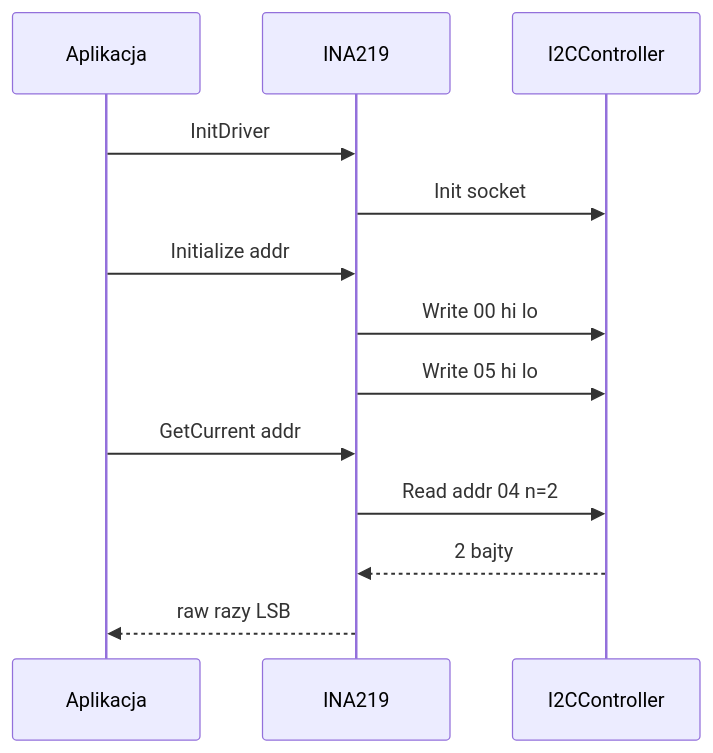
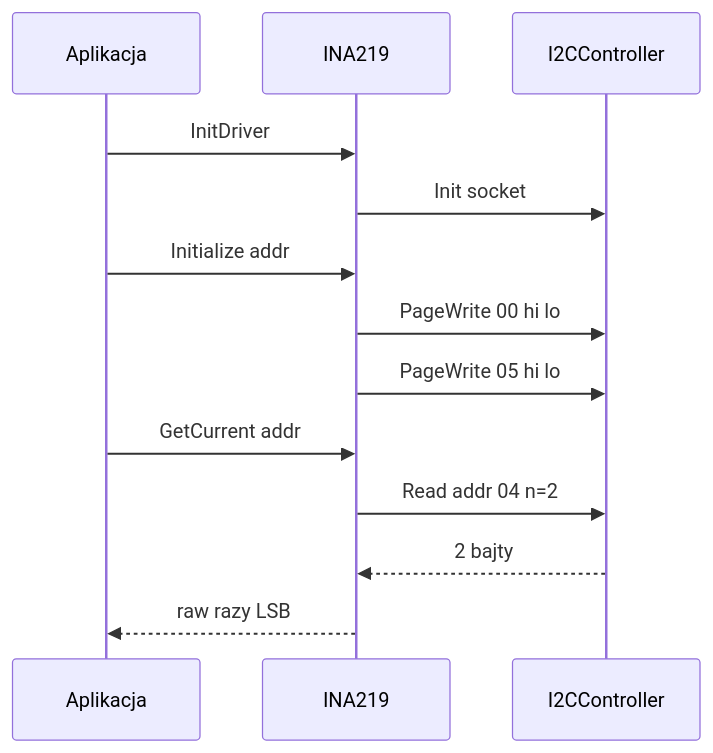
The diagram in mw/i2c_service/controller/ina219/README.md (Simba-Avionic/srp), drawn with Mermaid before and after one commit. The commit also changed other lines of this file and 3 other files, not shown here.

Commit message:
i2c: write the INA219 configuration and calibration with PageWrite (F-28)

````diff
--- a/mw/i2c_service/controller/ina219/README.md
+++ b/mw/i2c_service/controller/ina219/README.md
@@ -31,15 +31,15 @@
 ```mermaid
 sequenceDiagram
   participant A as Aplikacja
   participant K as INA219
   participant I as I2CController
   A->>K: InitDriver
   K->>I: Init socket
   A->>K: Initialize addr
-  K->>I: Write 00 hi lo
-  K->>I: Write 05 hi lo
+  K->>I: PageWrite 00 hi lo
+  K->>I: PageWrite 05 hi lo
   A->>K: GetCurrent addr
   K->>I: Read addr 04 n=2
   I-->>K: 2 bajty
   K-->>A: raw razy LSB
 ```
````
